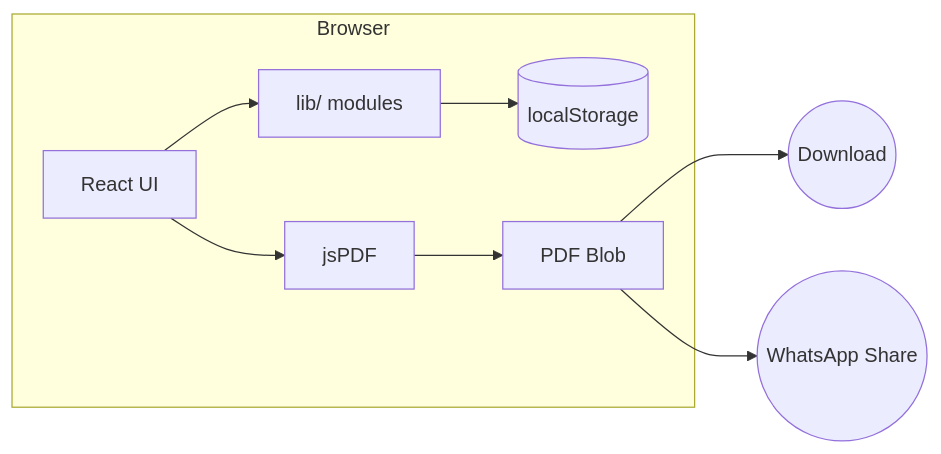
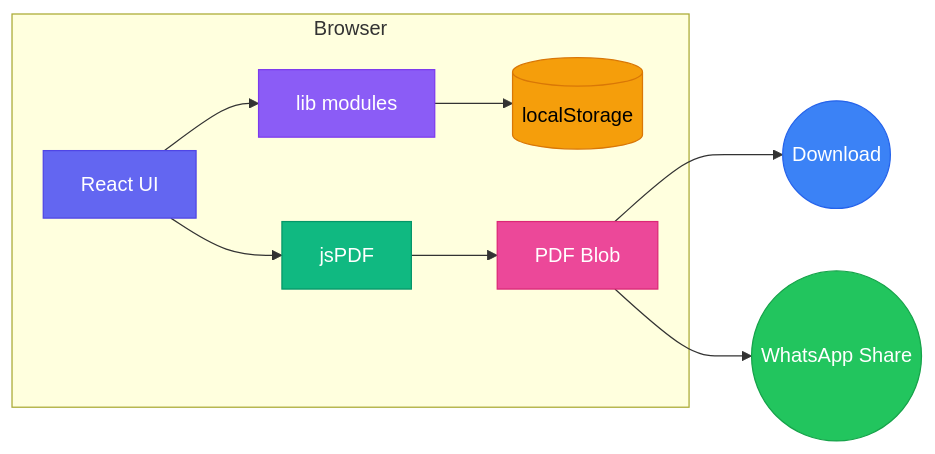
One commit to sanjanb/bill-buddy changed the first of 11 diagrams in ARCHITECTURE.md. Above: the diagram before and after it, drawn with Mermaid. The commit also changed other lines of this file, not shown here.

Commit message:
docs: update ARCHITECTURE.md with styled Mermaid diagrams and refined descriptions

````diff
--- a/ARCHITECTURE.md
+++ b/ARCHITECTURE.md
@@ -11,11 +11,19 @@
 ```mermaid
 graph LR
     subgraph Browser
-        A[React UI] --> B[lib/ modules]
+        A[React UI] --> B[lib modules]
         B --> C[(localStorage)]
         A --> D[jsPDF]
         D --> E[PDF Blob]
     end
     E --> F((Download))
     E --> G((WhatsApp Share))
+
+    style A fill:#6366f1,color:#fff,stroke:#4f46e5
+    style B fill:#8b5cf6,color:#fff,stroke:#7c3aed
+    style C fill:#f59e0b,color:#000,stroke:#d97706
+    style D fill:#10b981,color:#fff,stroke:#059669
+    style E fill:#ec4899,color:#fff,stroke:#db2777
+    style F fill:#3b82f6,color:#fff,stroke:#2563eb
+    style G fill:#22c55e,color:#fff,stroke:#16a34a
 ```
````
